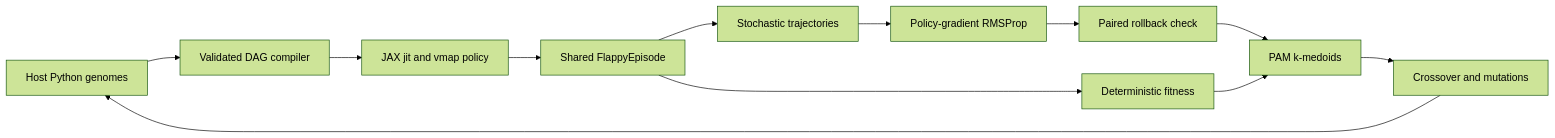
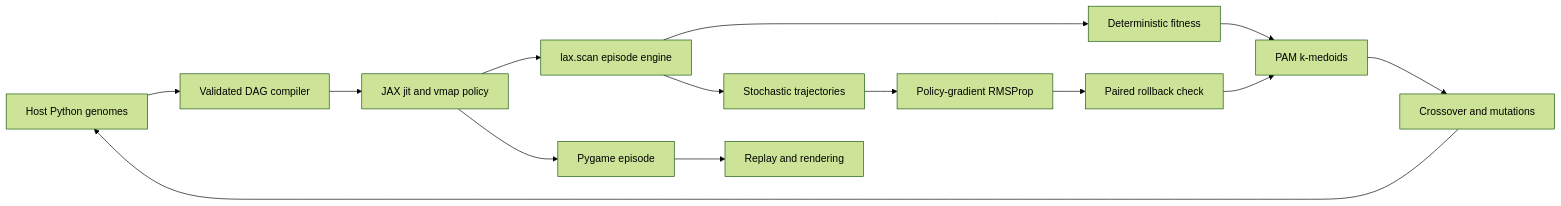
One commit to notquite28/backprop-NEAT-flappy changed the diagram in README.md. Above: the diagram before and after it, drawn with Mermaid (forest theme). The commit also changed other lines of this file and 156 other files, not shown here.

First line of the commit message:
feat(training): vectorized lax.scan episode engine

````diff
--- a/README.md
+++ b/README.md
@@ -114,14 +118,16 @@
 ```mermaid
 flowchart LR
     G[Host Python genomes] --> C[Validated DAG compiler]
     C --> J[JAX jit and vmap policy]
-    J --> E[Shared FlappyEpisode]
-    E --> F[Deterministic fitness]
-    E --> T[Stochastic trajectories]
+    J --> S[lax.scan episode engine]
+    S --> F[Deterministic fitness]
+    S --> T[Stochastic trajectories]
     T --> P[Policy-gradient RMSProp]
     P --> R[Paired rollback check]
     R --> K[PAM k-medoids]
     F --> K
     K --> X[Crossover and mutations]
     X --> G
+    J --> E[Pygame episode]
+    E --> V[Replay and rendering]
 ```
````
